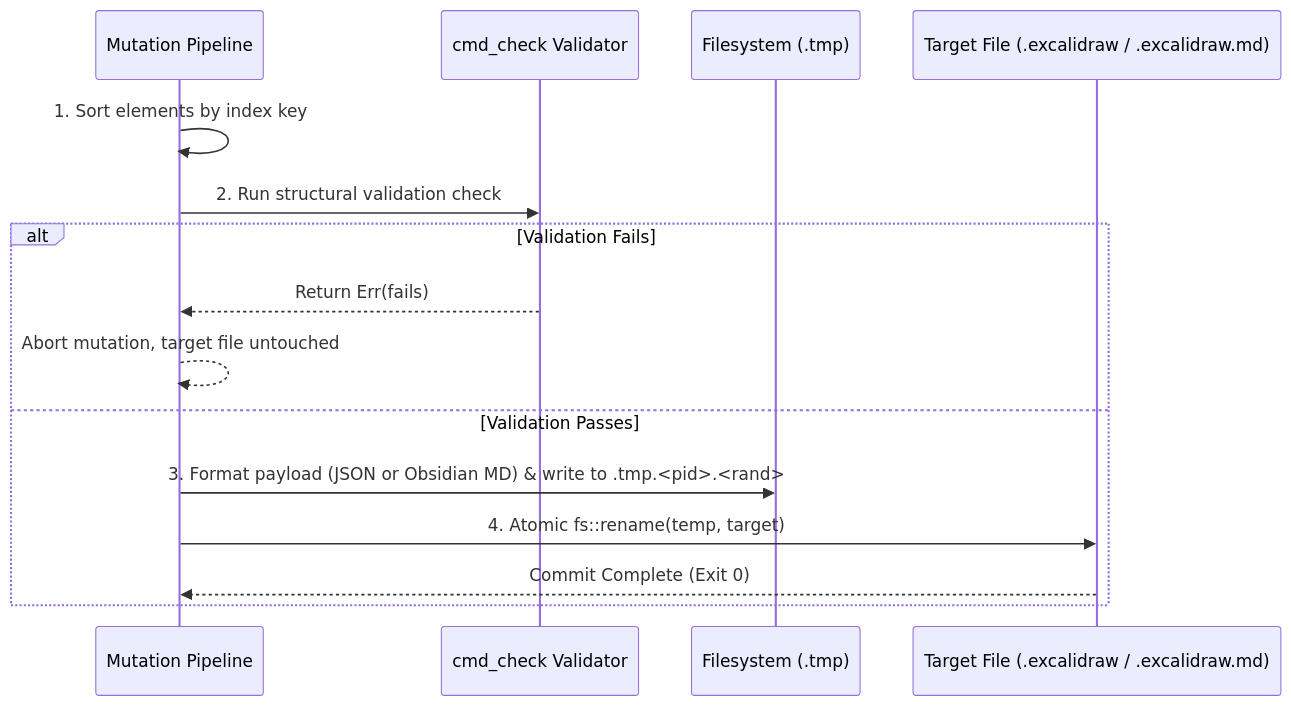
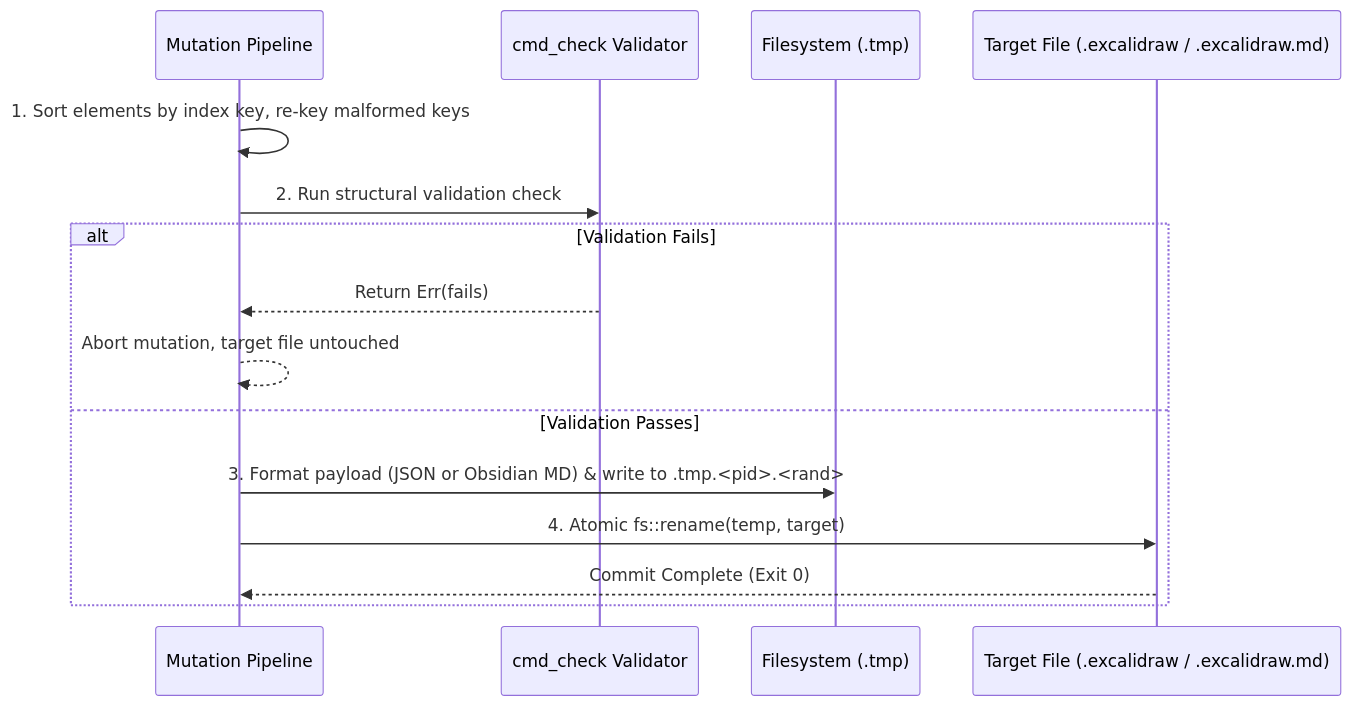
Before and after one commit to nicsuzor/mem: the second of 2 diagrams in specs/excalidraw-tooling.md, drawn with Mermaid. The commit also changed other lines of this file and 2 other files, not shown here.

````diff
--- a/specs/excalidraw-tooling.md
+++ b/specs/excalidraw-tooling.md
@@ -801,18 +811,18 @@
 ```mermaid
 sequenceDiagram
     participant CLI as Mutation Pipeline
     participant Val as cmd_check Validator
     participant Disk as Filesystem (.tmp)
     participant Target as Target File (.excalidraw / .excalidraw.md)
 
-    CLI->>CLI: 1. Sort elements by index key
+    CLI->>CLI: 1. Sort elements by index key, re-key malformed keys
     CLI->>Val: 2. Run structural validation check
     alt Validation Fails
         Val-->>CLI: Return Err(fails)
         CLI-->>CLI: Abort mutation, target file untouched
     else Validation Passes
         CLI->>Disk: 3. Format payload (JSON or Obsidian MD) & write to .tmp.<pid>.<rand>
         CLI->>Target: 4. Atomic fs::rename(temp, target)
         Target-->>CLI: Commit Complete (Exit 0)
     end
 ```
````
